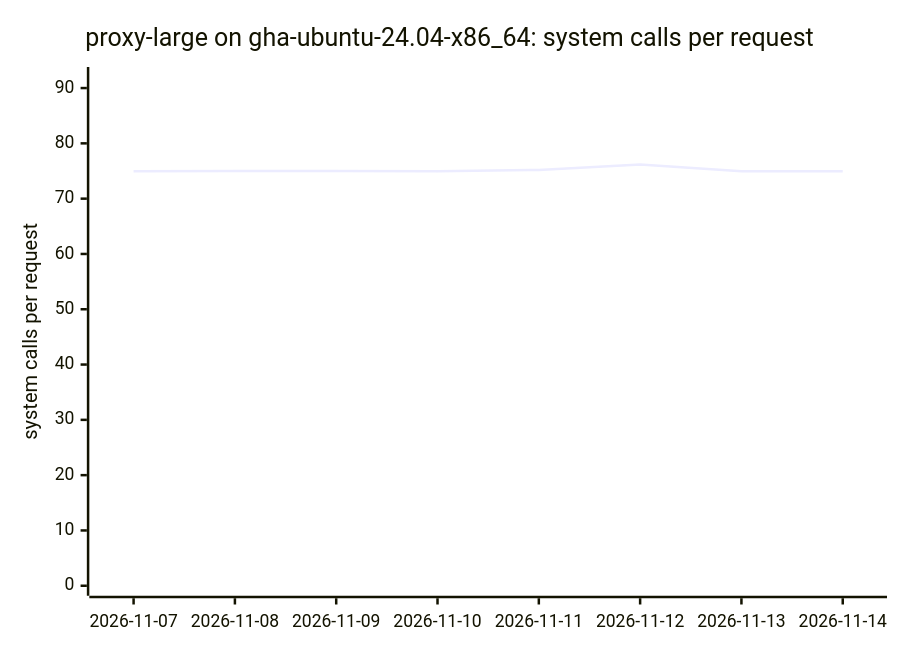
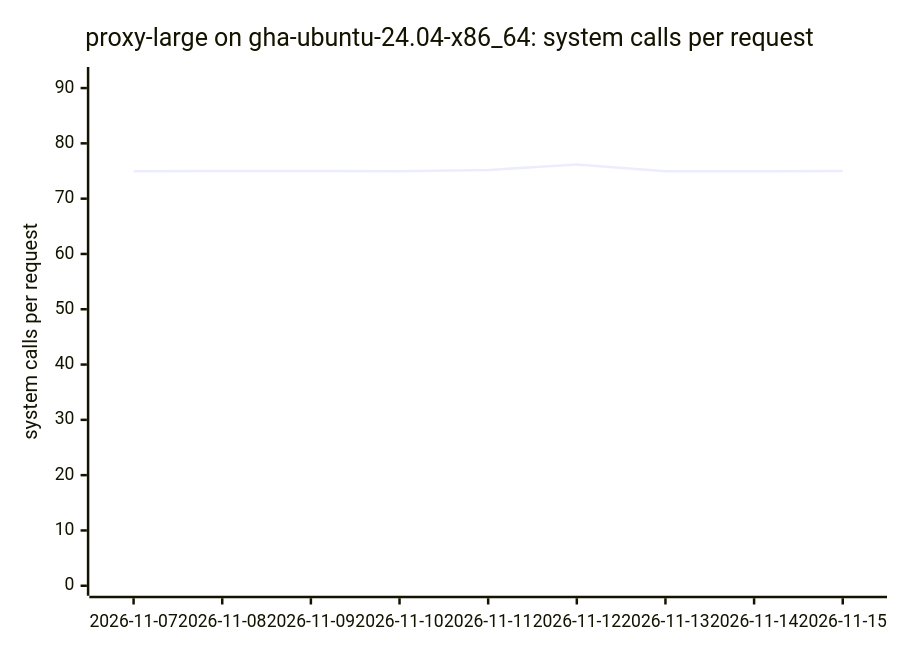
Diagram 15 of 18 in BENCHMARKS.md (ThePixelPilgrim/durchlauferhitzer), drawn with Mermaid before and after one commit. The commit also changed other lines of this file and 1 other file, not shown here.

````diff
--- a/BENCHMARKS.md
+++ b/BENCHMARKS.md
@@ -168,7 +168,7 @@
 ```mermaid
 xychart-beta
   title "proxy-large on gha-ubuntu-24.04-x86_64: system calls per request"
-  x-axis ["2026-11-07", "2026-11-08", "2026-11-09", "2026-11-10", "2026-11-11", "2026-11-12", "2026-11-13", "2026-11-14"]
+  x-axis ["2026-11-07", "2026-11-08", "2026-11-09", "2026-11-10", "2026-11-11", "2026-11-12", "2026-11-13", "2026-11-14", "2026-11-15"]
   y-axis "system calls per request" 0 --> 92
-  line [74.97, 74.98, 74.98, 74.97, 75.19, 76.18, 74.97, 74.97]
+  line [74.97, 74.98, 74.98, 74.97, 75.19, 76.18, 74.97, 74.97, 74.98]
 ```
````
